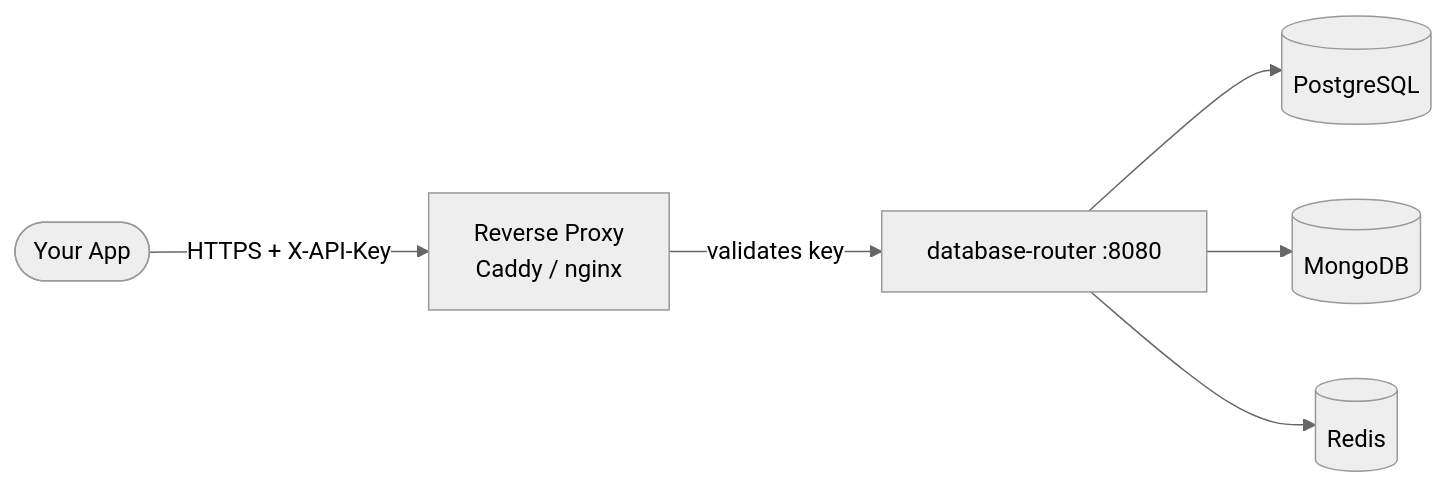
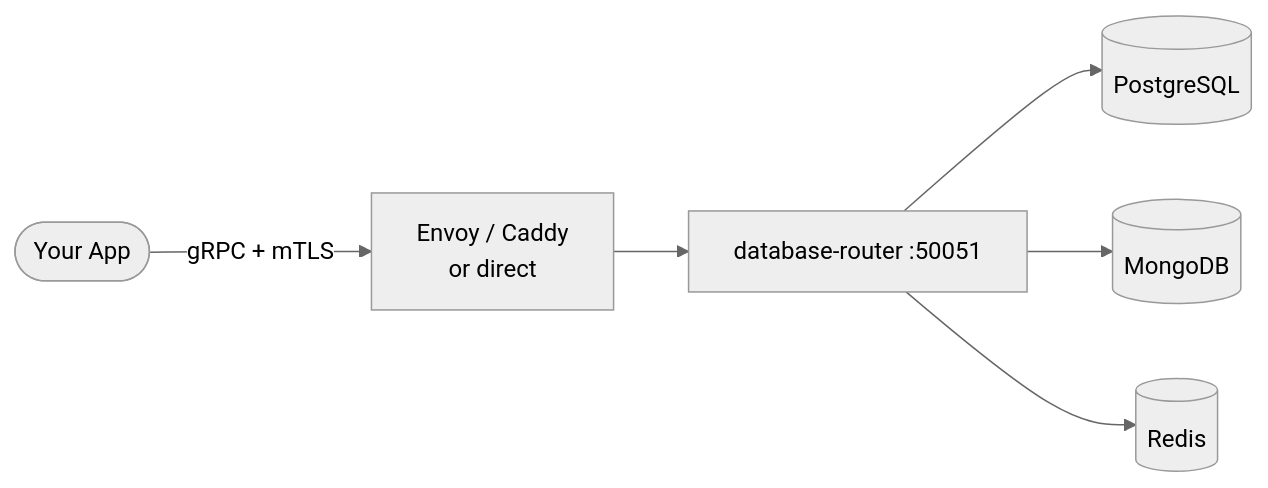
Before and after one commit to Xeze-org/Database-Router: the first of 2 diagrams in README.md, drawn with Mermaid (neutral theme). The commit also changed other lines of this file and 79 other files, not shown here.

Commit message:
database router grpc

````diff
--- a/README.md
+++ b/README.md
@@ -27,8 +27,8 @@
 ```mermaid
 flowchart LR
-    A([Your App]) -->|HTTPS + X-API-Key| P[Reverse Proxy\nCaddy / nginx]
-    P -->|validates key| B[database-router :8080]
+    A([Your App]) -->|gRPC + mTLS| P[Envoy / Caddy\nor direct]
+    P --> B[database-router :50051]
     B --> C[(PostgreSQL)]
     B --> D[(MongoDB)]
     B --> E[(Redis)]
 ```
````
